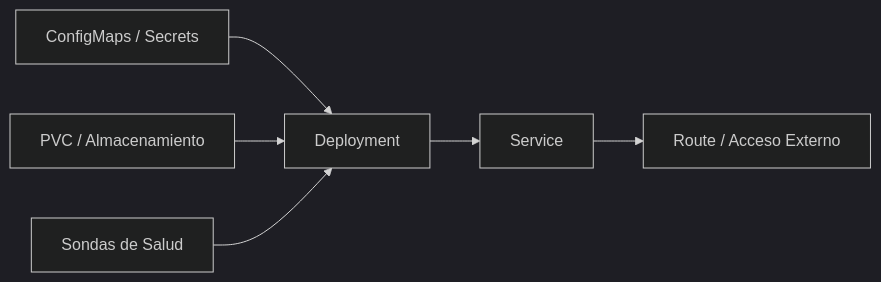
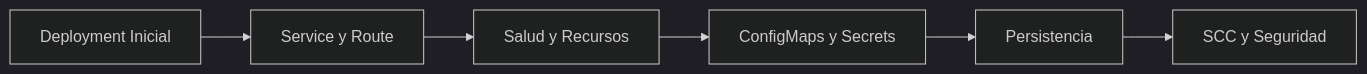
One commit to ieftraining/curso-openshift changed the sixth of 7 diagrams in docs/sesion2/2.7 Cierre.md. Above: the diagram before and after it, drawn with Mermaid (dark theme). The commit also changed other lines of this file, not shown here.

````diff
--- a/docs/sesion2/2.7 Cierre.md
+++ b/docs/sesion2/2.7 Cierre.md
@@ -18,8 +138,8 @@
 ```mermaid
 flowchart LR
-    A[ConfigMaps / Secrets] --> C[Deployment]
-    B[PVC / Almacenamiento] --> C
-    C --> D[Service]
-    D --> E[Route / Acceso Externo]
-    F[Sondas de Salud] --> C
+    A[Deployment Inicial] --> B[Service y Route]
+    B --> C[Salud y Recursos]
+    C --> D[ConfigMaps y Secrets]
+    D --> E[Persistencia]
+    E --> F[SCC y Seguridad]
 ```
````
